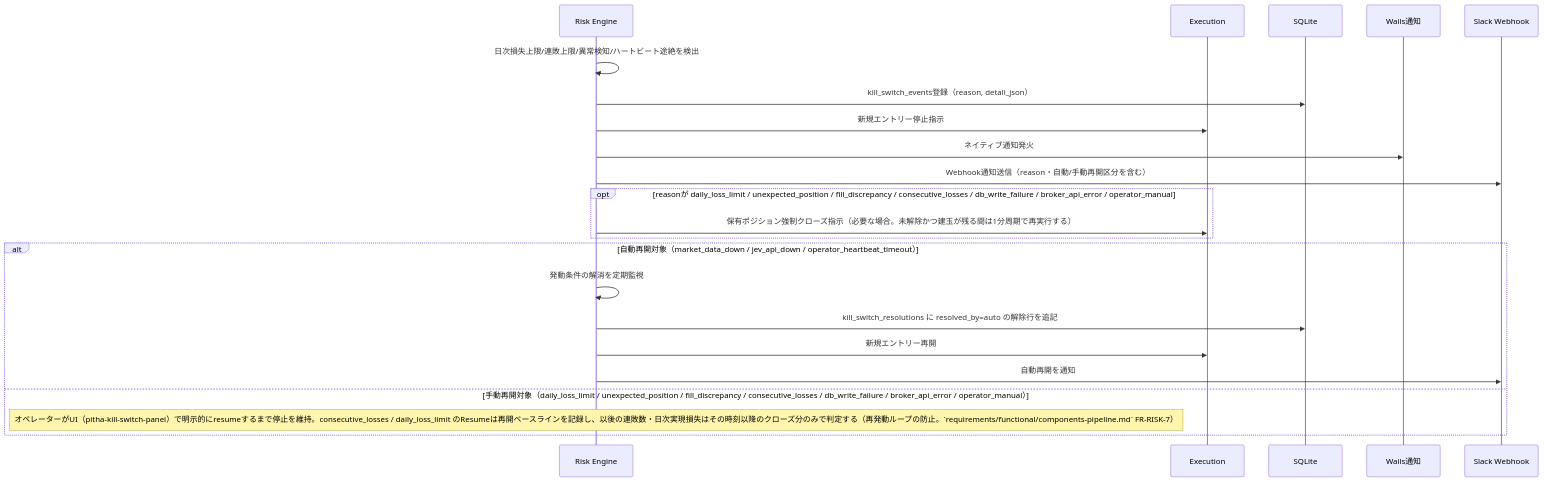
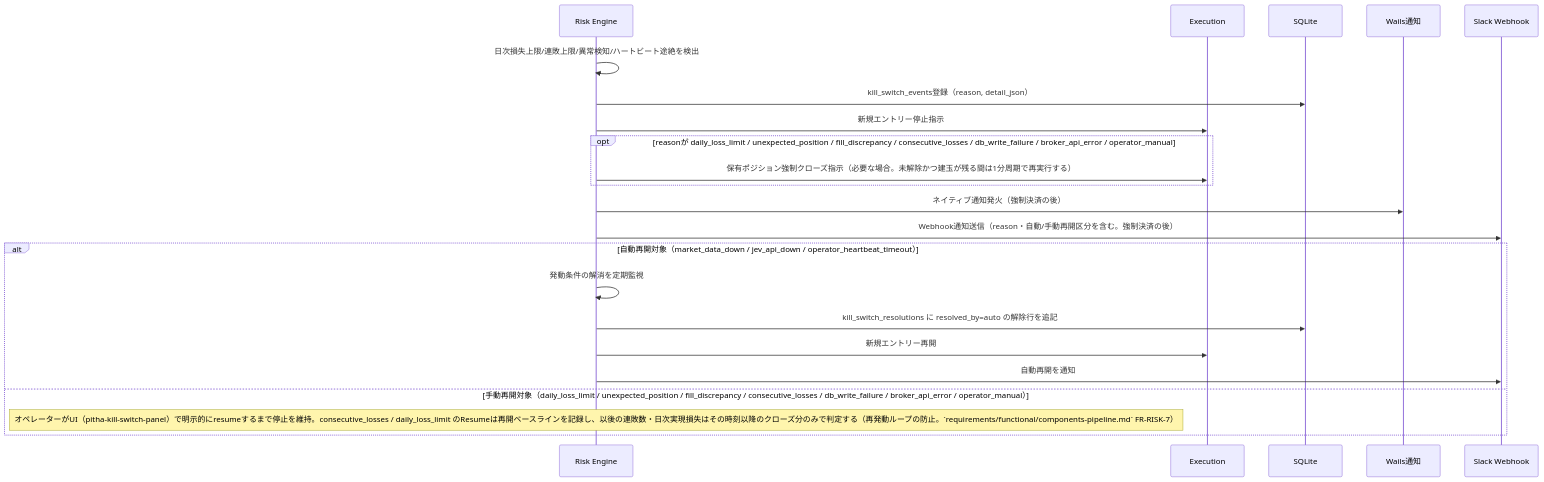
One commit to ousiassllc/pitha-trador changed the third of 6 diagrams in docs/architecture/overview/flows.md. Above: the diagram before and after it, drawn with Mermaid. The commit also changed other lines of this file and 5 other files, not shown here.

````diff
--- a/docs/architecture/overview/flows.md
+++ b/docs/architecture/overview/flows.md
@@ -73,25 +74,25 @@
 ```mermaid
 sequenceDiagram
     participant RE as Risk Engine
     participant EX as Execution
     participant DB as SQLite
     participant TRAY as Wails通知
     participant SLACK as Slack Webhook
 
     RE->>RE: 日次損失上限/連敗上限/異常検知/ハートビート途絶を検出
     RE->>DB: kill_switch_events登録（reason, detail_json）
     RE->>EX: 新規エントリー停止指示
-    RE->>TRAY: ネイティブ通知発火
-    RE->>SLACK: Webhook通知送信（reason・自動/手動再開区分を含む）
     opt reasonが daily_loss_limit / unexpected_position / fill_discrepancy / consecutive_losses / db_write_failure / broker_api_error / operator_manual
         RE->>EX: 保有ポジション強制クローズ指示（必要な場合。未解除かつ建玉が残る間は1分周期で再実行する）
     end
+    RE->>TRAY: ネイティブ通知発火（強制決済の後）
+    RE->>SLACK: Webhook通知送信（reason・自動/手動再開区分を含む。強制決済の後）
     alt 自動再開対象（market_data_down / jev_api_down / operator_heartbeat_timeout）
         RE->>RE: 発動条件の解消を定期監視
         RE->>DB: kill_switch_resolutions に resolved_by=auto の解除行を追記
         RE->>EX: 新規エントリー再開
         RE->>SLACK: 自動再開を通知
     else 手動再開対象（daily_loss_limit / unexpected_position / fill_discrepancy / consecutive_losses / db_write_failure / broker_api_error / operator_manual）
         Note over RE: オペレーターがUI（pitha-kill-switch-panel）で明示的にresumeするまで停止を維持。consecutive_losses / daily_loss_limit のResumeは再開ベースラインを記録し、以後の連敗数・日次実現損失はその時刻以降のクローズ分のみで判定する（再発動ループの防止。`requirements/functional/components-pipeline.md` FR-RISK-7）
     end
 ```
````
